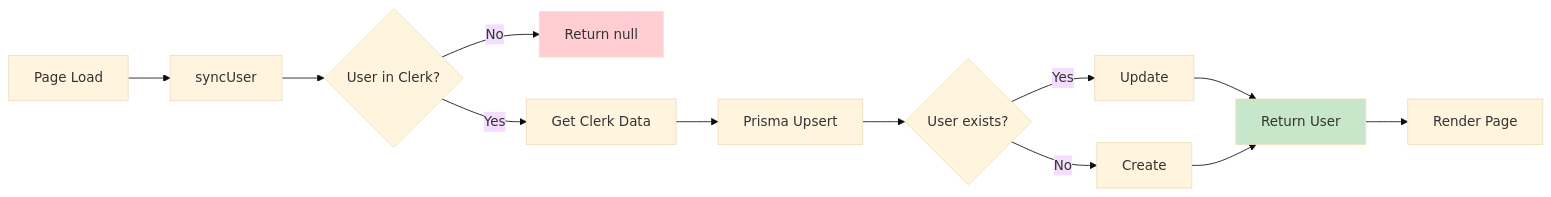
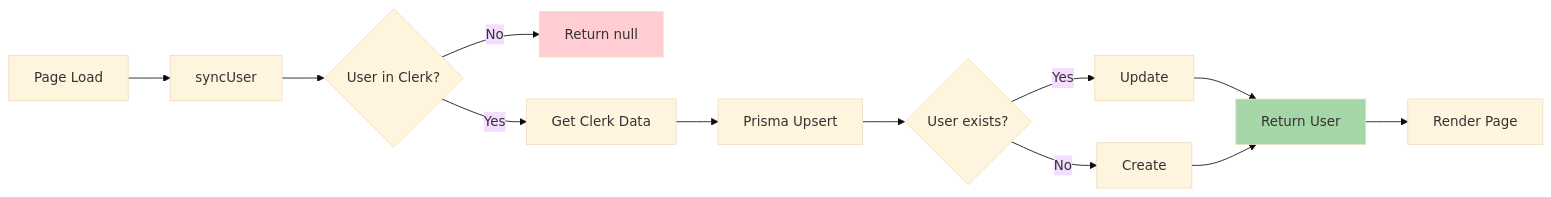
Before and after one commit to inskillflow/auths-1-NEXTJS-introduction: the ninth of 39 diagrams in 02-DIAGRAMMES_ARCHITECTURES.md, drawn with Mermaid (base theme). The commit also changed other lines of this file, not shown here.

````diff
--- a/02-DIAGRAMMES_ARCHITECTURES.md
+++ b/02-DIAGRAMMES_ARCHITECTURES.md
@@ -282,17 +282,17 @@
 ```mermaid
 graph LR
     A[Page Load] --> B[syncUser]
     B --> C{User in Clerk?}
     C -->|No| D[Return null]
     C -->|Yes| E[Get Clerk Data]
     E --> F[Prisma Upsert]
     F --> G{User exists?}
     G -->|Yes| H[Update]
     G -->|No| I[Create]
     H --> J[Return User]
     I --> J
     J --> K[Render Page]
     
     style D fill:#ffcdd2
-    style J fill:#c8e6c9
+    style J fill:#a5d6a7
 ```
````
